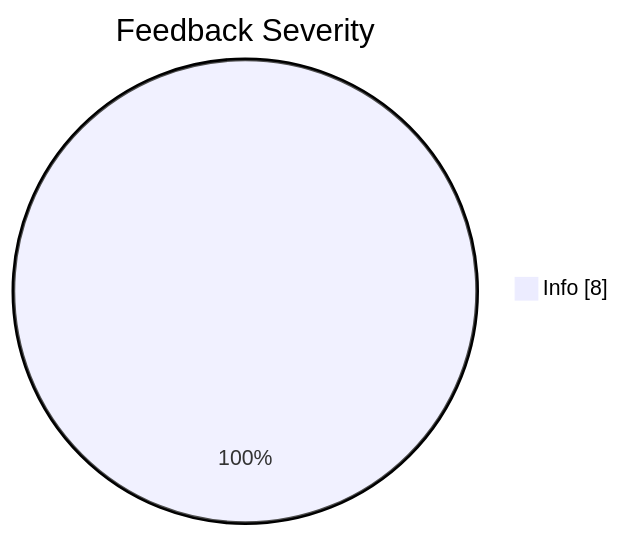
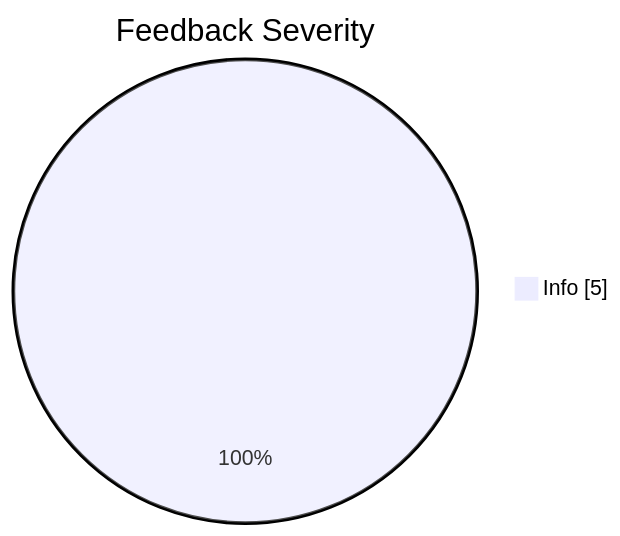
One commit to JakubPawinski/gitcode-solutions changed the fifth of 6 diagrams in README.md. Above: the diagram before and after it, drawn with Mermaid. The commit also changed other lines of this file, not shown here.

````diff
--- a/README.md
+++ b/README.md
@@ -172,5 +172,5 @@
 ```mermaid
 pie showData
     title Feedback Severity
-    "Info" : 8
+    "Info" : 5
 ```
````
